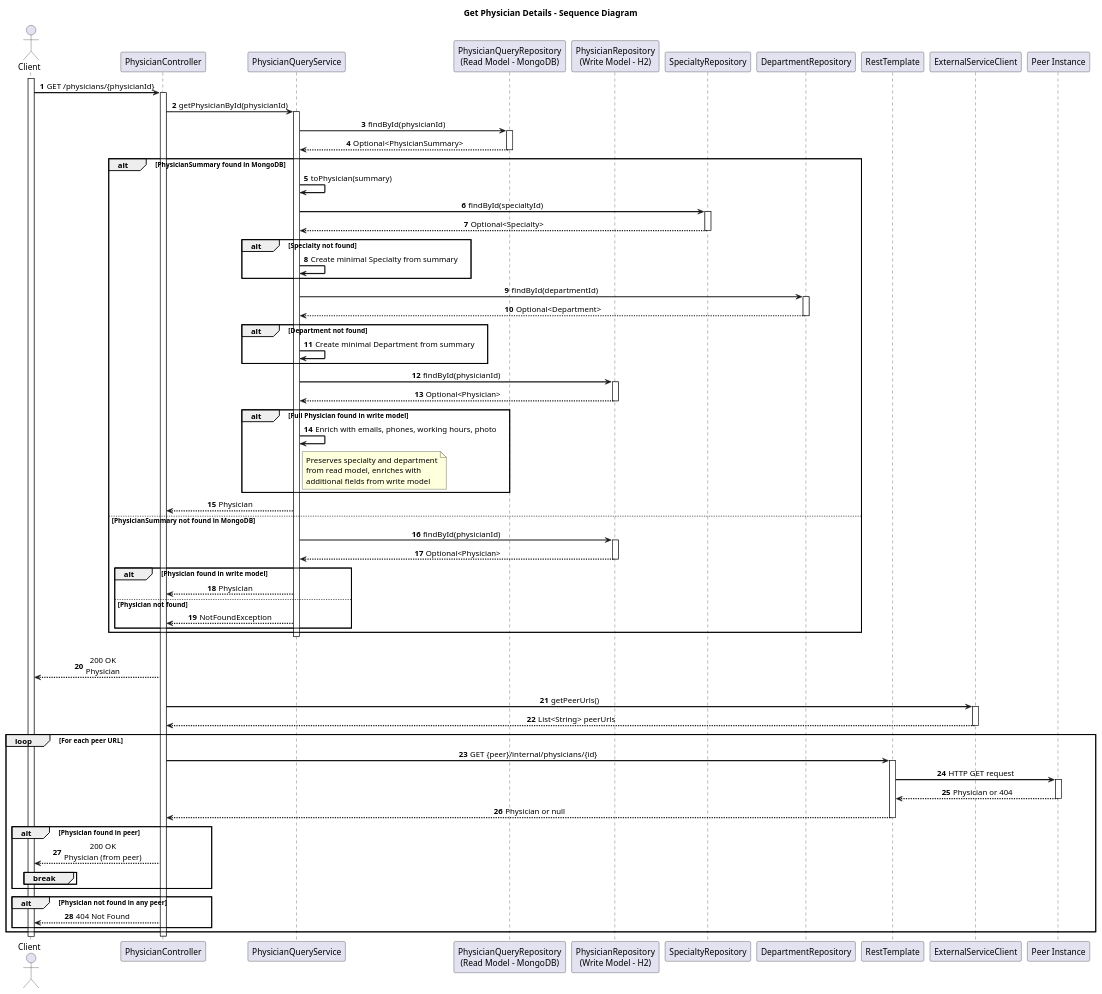
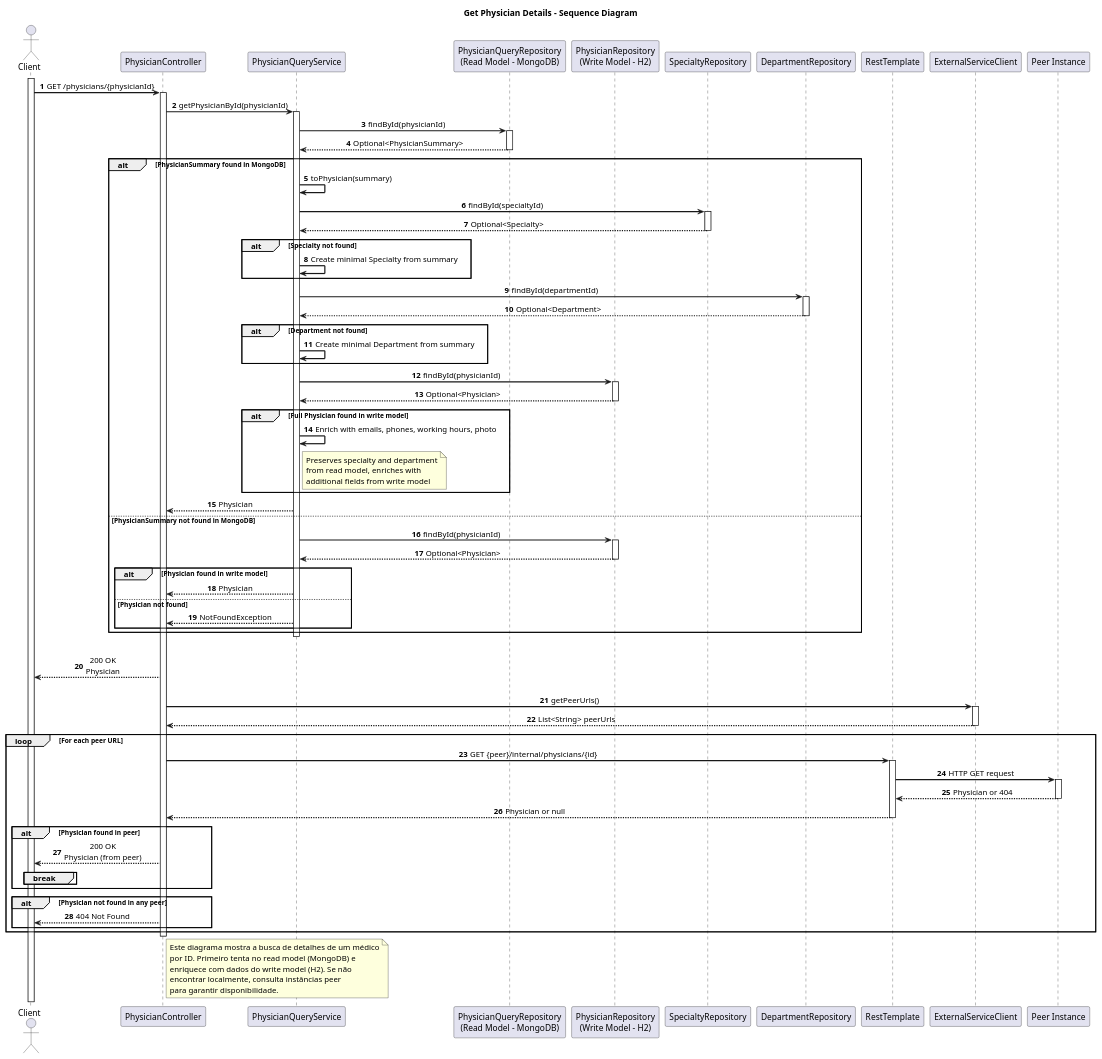
The diagram in DOCS2/C4+1/GetPhysicianDetails-Sequence.puml (pedrods05/LETI_SIDIS_3DA_6), drawn with PlantUML before and after one commit. The commit also changed 11 other files, not shown here.

```diff
--- a/DOCS2/C4+1/GetPhysicianDetails-Sequence.puml
+++ b/DOCS2/C4+1/GetPhysicianDetails-Sequence.puml
@@ -1,114 +1,122 @@
 @startuml GetPhysicianDetails-Sequence
 skinparam backgroundColor #FFFFFF
 skinparam sequenceMessageAlign center
 skinparam sequenceArrowThickness 2
 
 title Get Physician Details - Sequence Diagram
 
 actor Client
 participant "PhysicianController" as Controller
 participant "PhysicianQueryService" as QueryService
 participant "PhysicianQueryRepository\n(Read Model - MongoDB)" as ReadRepo
 participant "PhysicianRepository\n(Write Model - H2)" as WriteRepo
 participant "SpecialtyRepository" as SpecialtyRepo
 participant "DepartmentRepository" as DepartmentRepo
 participant "RestTemplate" as RestTemplate
 participant "ExternalServiceClient" as ExternalClient
 participant "Peer Instance" as Peer
 
 autonumber
 activate Client
 Client -> Controller: GET /physicians/{physicianId}
 activate Controller
 
 Controller -> QueryService: getPhysicianById(physicianId)
 activate QueryService
 
 QueryService -> ReadRepo: findById(physicianId)
 activate ReadRepo
 ReadRepo --> QueryService: Optional<PhysicianSummary>
 deactivate ReadRepo
 
 alt PhysicianSummary found in MongoDB
     QueryService -> QueryService: toPhysician(summary)
 
     QueryService -> SpecialtyRepo: findById(specialtyId)
     activate SpecialtyRepo
     SpecialtyRepo --> QueryService: Optional<Specialty>
     deactivate SpecialtyRepo
 
     alt Specialty not found
         QueryService -> QueryService: Create minimal Specialty from summary
     end
 
     QueryService -> DepartmentRepo: findById(departmentId)
     activate DepartmentRepo
     DepartmentRepo --> QueryService: Optional<Department>
     deactivate DepartmentRepo
 
     alt Department not found
         QueryService -> QueryService: Create minimal Department from summary
     end
 
     QueryService -> WriteRepo: findById(physicianId)
     activate WriteRepo
     WriteRepo --> QueryService: Optional<Physician>
     deactivate WriteRepo
 
     alt Full Physician found in write model
         QueryService -> QueryService: Enrich with emails, phones, working hours, photo
         note right of QueryService
           Preserves specialty and department
           from read model, enriches with
           additional fields from write model
         end note
     end
 
     QueryService --> Controller: Physician
 else PhysicianSummary not found in MongoDB
     QueryService -> WriteRepo: findById(physicianId)
     activate WriteRepo
     WriteRepo --> QueryService: Optional<Physician>
     deactivate WriteRepo
 
     alt Physician found in write model
         QueryService --> Controller: Physician
     else Physician not found
         QueryService --> Controller: NotFoundException
     end
 end
 
 deactivate QueryService
 
 alt Physician found locally
     Controller --> Client: 200 OK\nPhysician
 else Physician not found locally
     Controller -> ExternalClient: getPeerUrls()
     activate ExternalClient
     ExternalClient --> Controller: List<String> peerUrls
     deactivate ExternalClient
 
     loop For each peer URL
         Controller -> RestTemplate: GET {peer}/internal/physicians/{id}
         activate RestTemplate
         RestTemplate -> Peer: HTTP GET request
         activate Peer
         Peer --> RestTemplate: Physician or 404
         deactivate Peer
         RestTemplate --> Controller: Physician or null
         deactivate RestTemplate
 
         alt Physician found in peer
             Controller --> Client: 200 OK\nPhysician (from peer)
             break
         end
     end
 
     alt Physician not found in any peer
         Controller --> Client: 404 Not Found
     end
 end
 
 deactivate Controller
 
+note right of Controller
+  Este diagrama mostra a busca de detalhes de um médico
+  por ID. Primeiro tenta no read model (MongoDB) e
+  enriquece com dados do write model (H2). Se não
+  encontrar localmente, consulta instâncias peer
+  para garantir disponibilidade.
+end note
+
 @enduml
```
